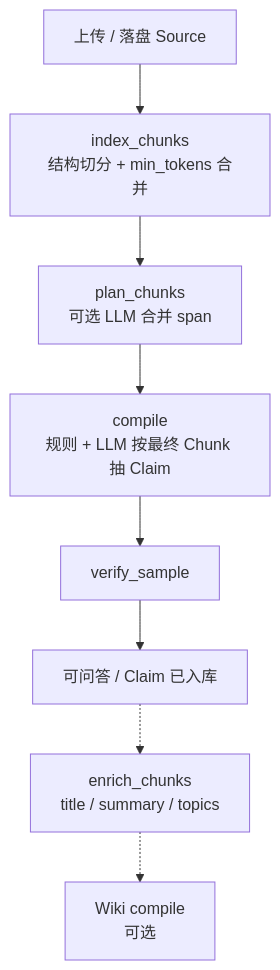
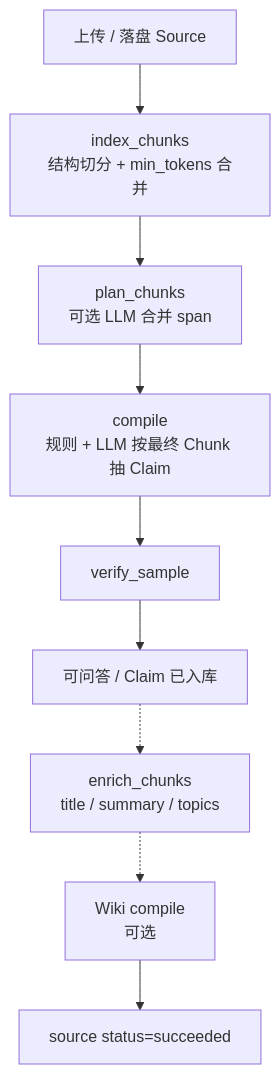
The first of 2 diagrams in README.md (liuyanqun0815/knowledge-os), drawn with Mermaid before and after one commit. The commit also changed other lines of this file and 37 other files, not shown here.

````diff
--- a/README.md
+++ b/README.md
@@ -47,10 +47,11 @@
 ```mermaid
 flowchart TB
   A[上传 / 落盘 Source] --> B[index_chunks<br/>结构切分 + min_tokens 合并]
   B --> C[plan_chunks<br/>可选 LLM 合并 span]
   C --> D[compile<br/>规则 + LLM 按最终 Chunk 抽 Claim]
   D --> E[verify_sample]
   E --> F[可问答 / Claim 已入库]
   F -.-> G[enrich_chunks<br/>title / summary / topics]
   G -.-> H[Wiki compile<br/>可选]
+  H --> I[source status=succeeded]
 ```
````
